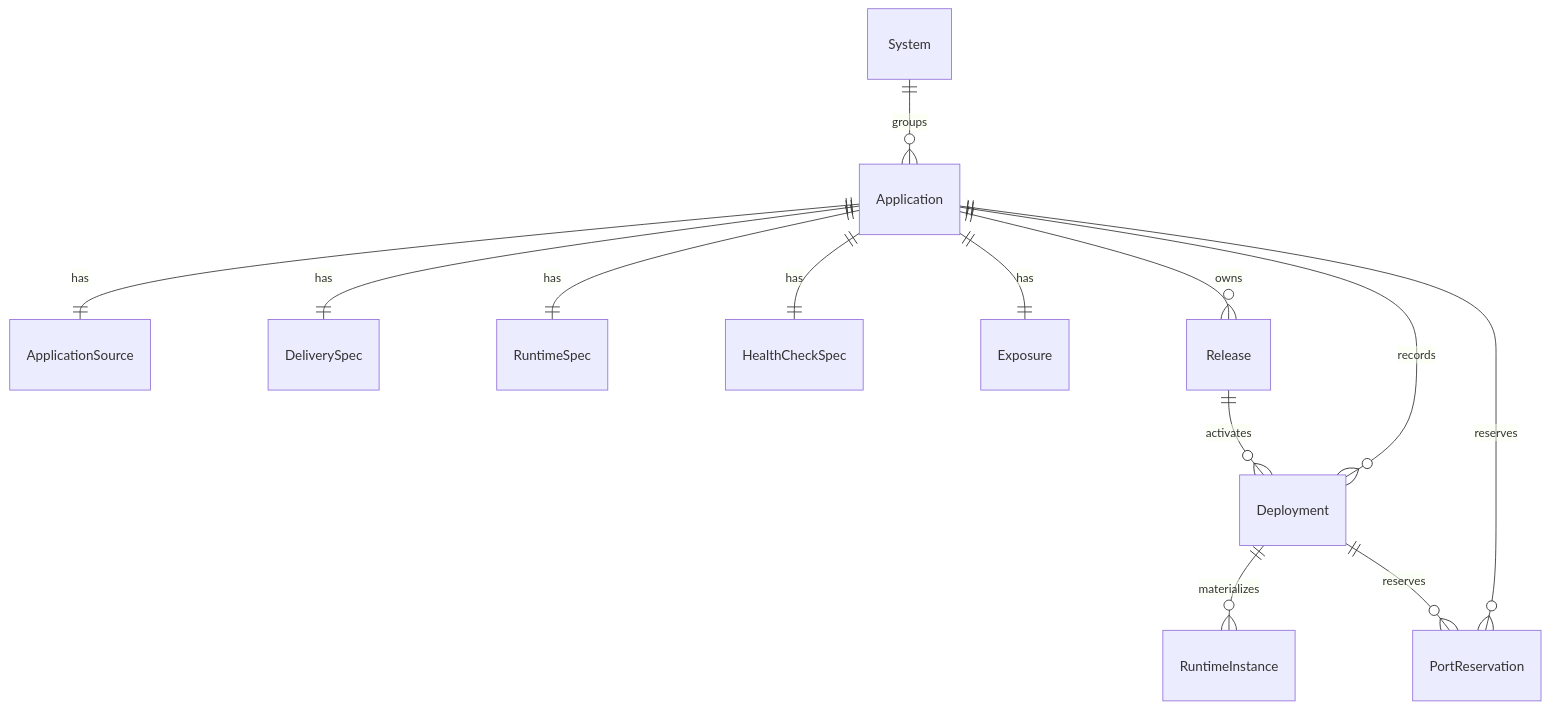
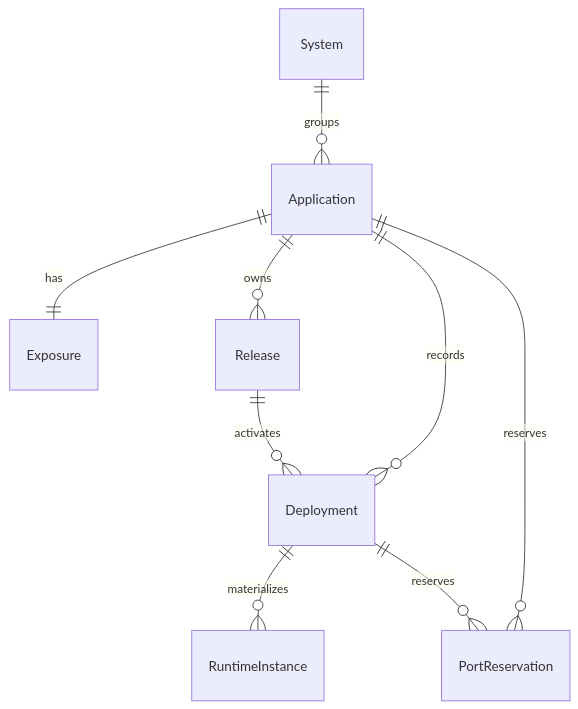
Before and after one commit to vitoraalmeida/pneuma: the diagram in docs/architecture/data-model.md, drawn with Mermaid. The commit also changed other lines of this file and 52 other files, not shown here.

Commit message:
refactor(schema): replace the migration chain with the exact current baseline

````diff
--- a/docs/architecture/data-model.md
+++ b/docs/architecture/data-model.md
@@ -12,15 +12,11 @@
 ```mermaid
 erDiagram
     System ||--o{ Application : groups
-    Application ||--|| ApplicationSource : has
-    Application ||--|| DeliverySpec : has
-    Application ||--|| RuntimeSpec : has
-    Application ||--|| HealthCheckSpec : has
     Application ||--|| Exposure : has
     Application ||--o{ Release : owns
     Application ||--o{ Deployment : records
     Release ||--o{ Deployment : activates
     Deployment ||--o{ RuntimeInstance : materializes
     Application ||--o{ PortReservation : reserves
     Deployment ||--o{ PortReservation : reserves
 ```
````
